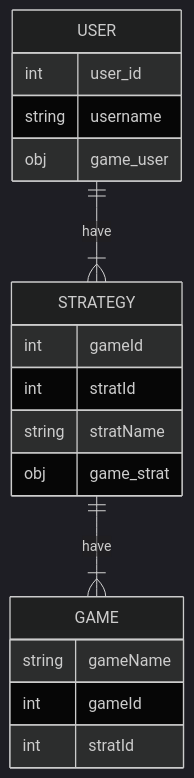
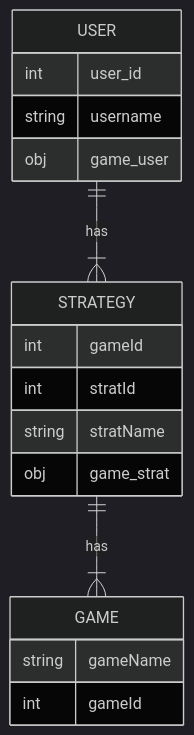
The first of 2 diagrams in Diagrams/Data-model.md (teamcrusher/threewide), drawn with Mermaid (dark theme) before and after one commit. The commit also changed other lines of this file, not shown here.

````diff
--- a/Diagrams/Data-model.md
+++ b/Diagrams/Data-model.md
@@ -5,29 +5,29 @@
 ```mermaid
   erDiagram
-	USER ||--|{ STRATEGY : have
+	USER ||--|{ STRATEGY : has
 	USER {  
 	    int user_id
 	    string username
 		obj game_user
     }
     
-    %%STRATEGY ||--|| METRIC : have%%
+    %%STRATEGY ||--|| METRIC : has%%
     STRATEGY {  
 	    int gameId
 	    int stratId
 	    string stratName
 	    obj game_strat
     }  
     
     %%METRIC {%%  
 	    %%int metric%%
     %%}%%
     
-    %%METRIC ||--|| GAME : have%%  
-    STRATEGY ||--|{ GAME : have
+    %%METRIC ||--|| GAME : has%%  
+    STRATEGY ||--|{ GAME : has
     GAME {
 	    string gameName
 	    int gameId
-	    int stratId
     } 
+    
 ```
````
